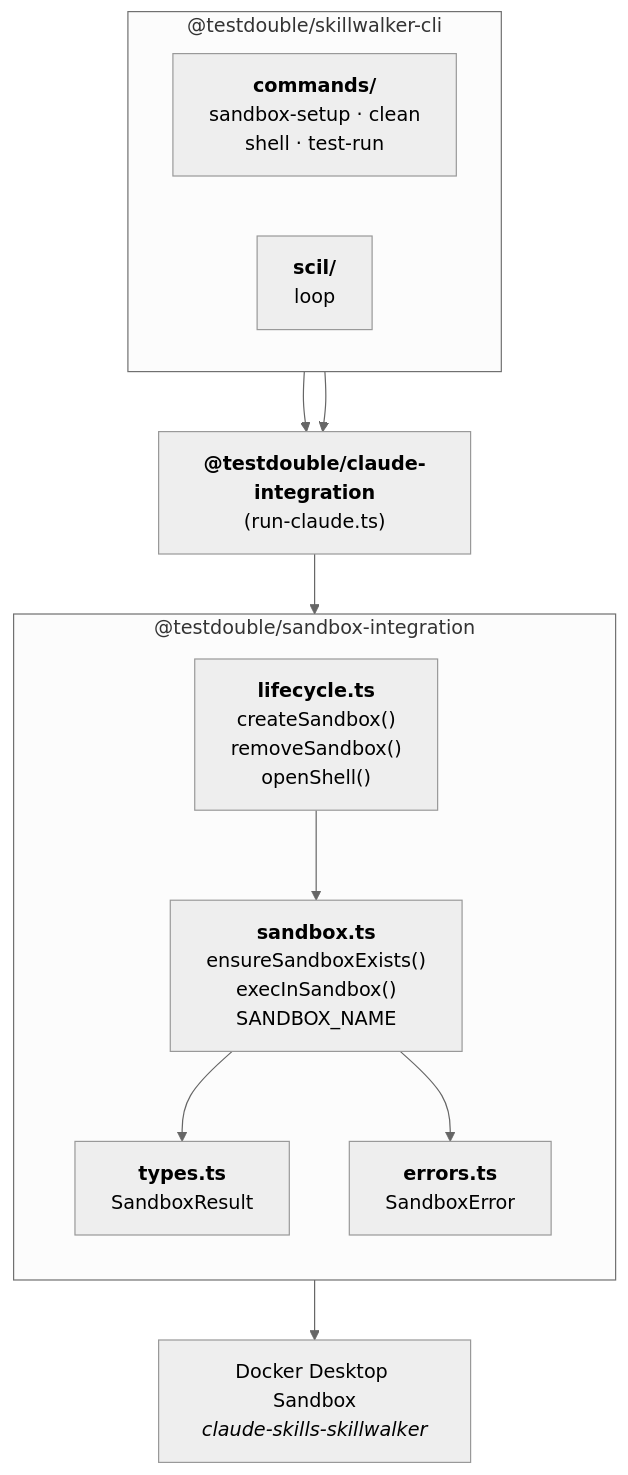
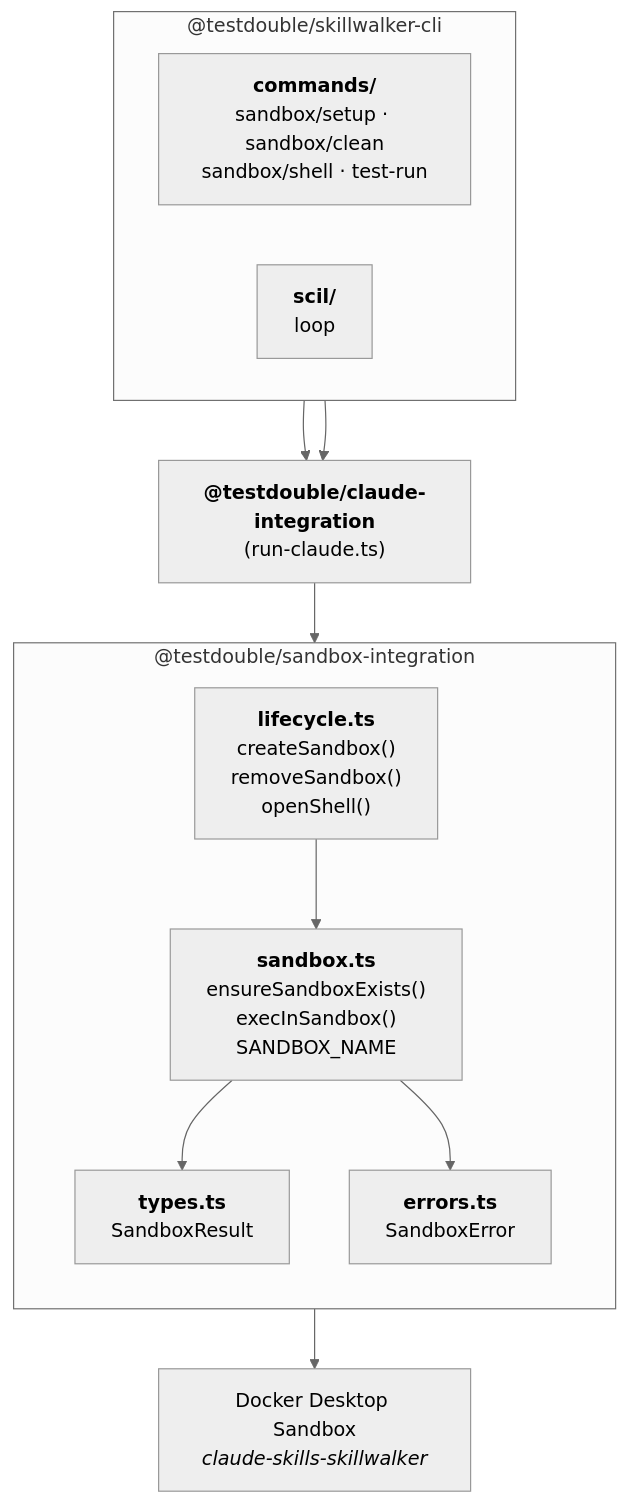
Before and after one commit to testdouble/skills-test-harness: the diagram in docs/sandbox-integration-package.md, drawn with Mermaid (neutral theme). The commit also changed other lines of this file and 5 other files, not shown here.

````diff
--- a/docs/sandbox-integration-package.md
+++ b/docs/sandbox-integration-package.md
@@ -145,29 +145,29 @@
 ```mermaid
 flowchart TB
     subgraph cli["@testdouble/skillwalker-cli"]
         direction LR
-        commands["<b>commands/</b><br>sandbox-setup · clean<br>shell · test-run"]
+        commands["<b>commands/</b><br>sandbox/setup · sandbox/clean<br>sandbox/shell · test-run"]
         scil["<b>scil/</b><br>loop"]
     end
 
     ci["<b>@testdouble/claude-integration</b><br>(run-claude.ts)"]
 
     subgraph si["@testdouble/sandbox-integration"]
         direction TB
         sandboxts["<b>sandbox.ts</b><br>ensureSandboxExists()<br>execInSandbox()<br>SANDBOX_NAME"]
         lifecycle["<b>lifecycle.ts</b><br>createSandbox()<br>removeSandbox()<br>openShell()"]
         types["<b>types.ts</b><br>SandboxResult"]
         errors["<b>errors.ts</b><br>SandboxError"]
 
         lifecycle --> sandboxts
         sandboxts --> types
         sandboxts --> errors
     end
 
     docker["Docker Desktop Sandbox<br><i>claude-skills-skillwalker</i>"]
 
     commands --> ci
     scil --> ci
     ci --> si
     si --> docker
 ```
````
